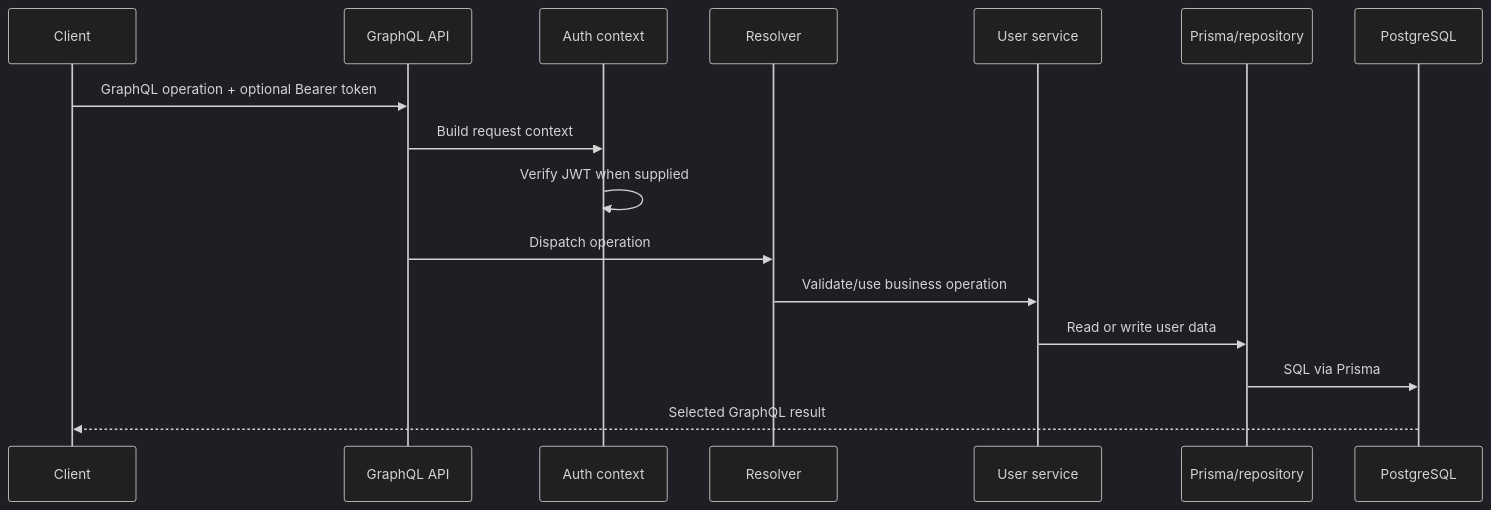
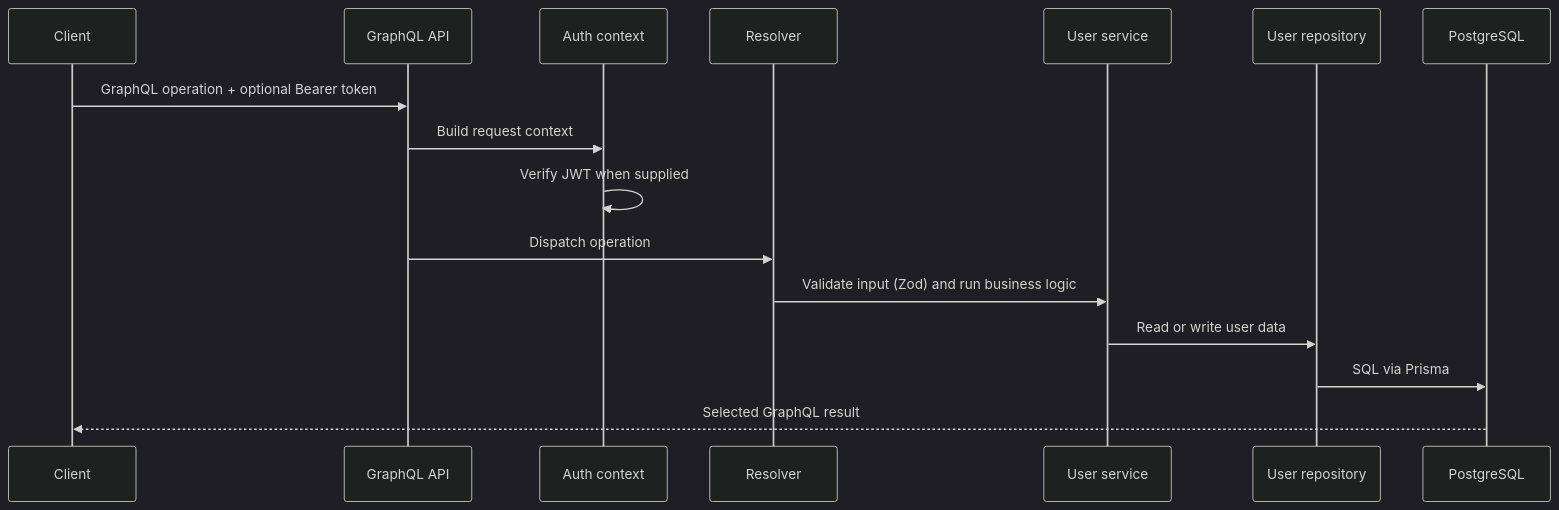
One commit to ankitdevak/orderflow changed the diagram in services/user-service/README.md. Above: the diagram before and after it, drawn with Mermaid (dark theme). The commit also changed other lines of this file and 8 other files, not shown here.

````diff
--- a/services/user-service/README.md
+++ b/services/user-service/README.md
@@ -23,18 +24,18 @@
 ```mermaid
 sequenceDiagram
     participant C as Client
     participant G as GraphQL API
     participant X as Auth context
     participant R as Resolver
     participant S as User service
-    participant P as Prisma/repository
+    participant P as User repository
     participant D as PostgreSQL
     C->>G: GraphQL operation + optional Bearer token
     G->>X: Build request context
     X->>X: Verify JWT when supplied
     G->>R: Dispatch operation
-    R->>S: Validate/use business operation
+    R->>S: Validate input (Zod) and run business logic
     S->>P: Read or write user data
     P->>D: SQL via Prisma
     D-->>C: Selected GraphQL result
 ```
````
